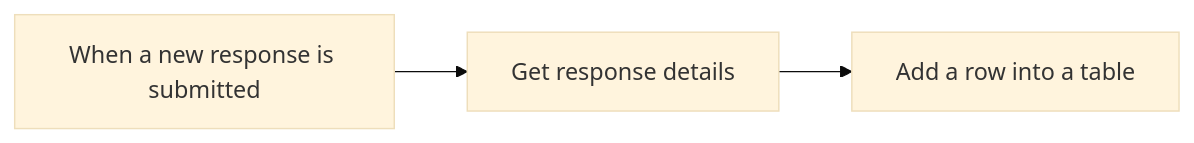
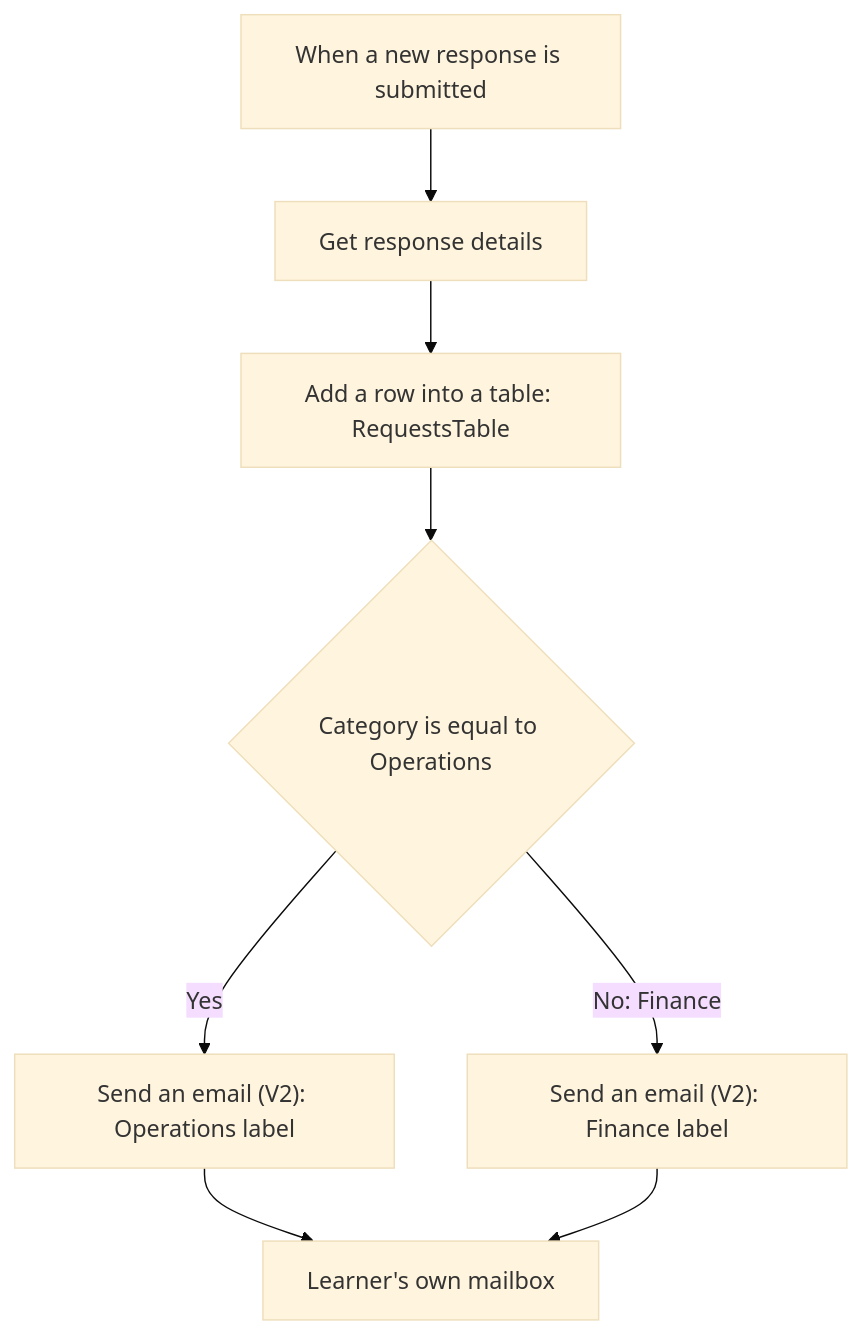
The diagram in docs/exercises/02-forms-to-excel.md (teerasej/axa-power-automate-operations-2026), drawn with Mermaid (base theme) before and after one commit. The commit also changed other lines of this file and 19 other files, not shown here.

Commit message:
Publish English Operations exercises and illustrated learner package

````diff
--- a/docs/exercises/02-forms-to-excel.md
+++ b/docs/exercises/02-forms-to-excel.md
@@ -24,5 +28,10 @@
 ```mermaid
-flowchart LR
+flowchart TD
   A["When a new response is submitted"] --> B["Get response details"]
-  B --> C["Add a row into a table"]
+  B --> C["Add a row into a table: RequestsTable"]
+  C --> D{"Category is equal to Operations"}
+  D -->|Yes| E["Send an email (V2): Operations label"]
+  D -->|No: Finance| F["Send an email (V2): Finance label"]
+  E --> G["Learner's own mailbox"]
+  F --> G
 ```
````
